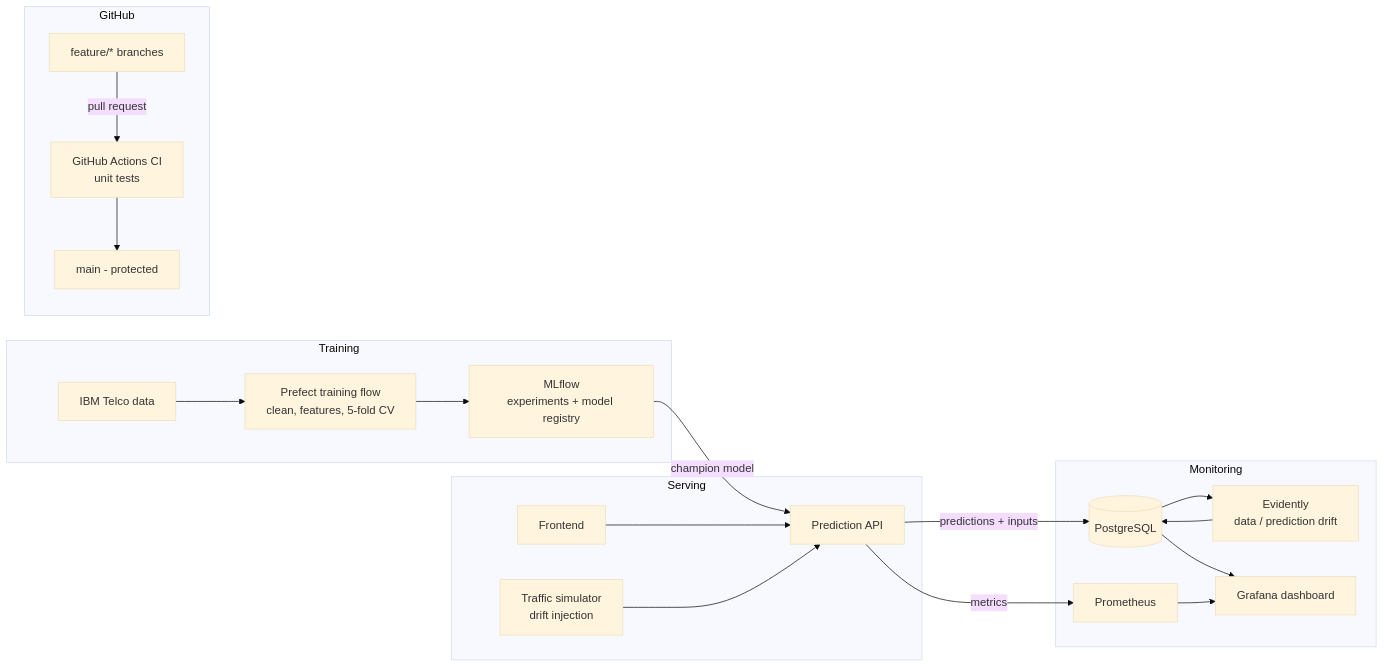
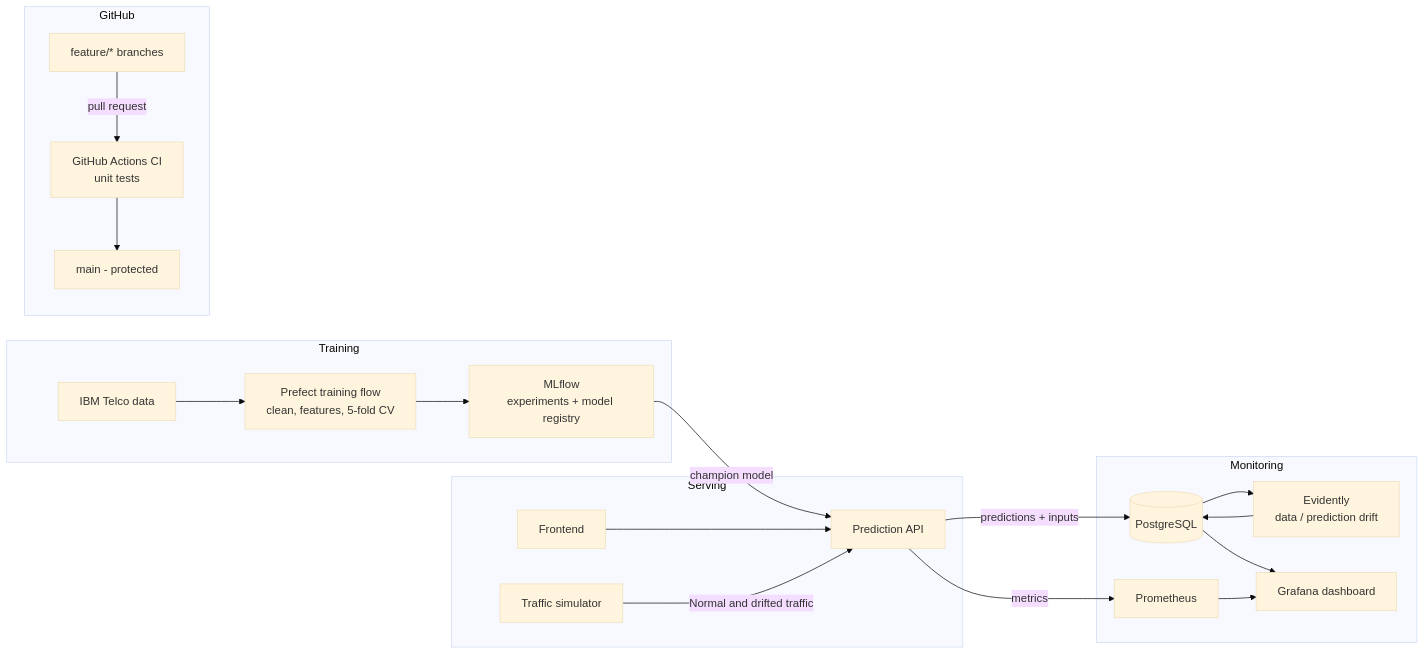
The first of 2 diagrams in README.md (dearyanbing/INSY-684), drawn with Mermaid (base theme) before and after one commit.

````diff
--- a/README.md
+++ b/README.md
@@ -13,27 +13,27 @@
 ```mermaid
 flowchart LR
     subgraph Training
         A[IBM Telco data] --> B[Prefect training flow<br/>clean, features, 5-fold CV]
         B --> C[MLflow<br/>experiments + model registry]
     end
 
     subgraph Serving
         C -->|champion model| D[Prediction API]
         E[Frontend] --> D
-        F[Traffic simulator<br/>drift injection] --> D
+        F["Traffic simulator"] -->|"Normal and drifted traffic"| D
     end
 
     subgraph Monitoring
         D -->|predictions + inputs| G[(PostgreSQL)]
         G --> H[Evidently<br/>data / prediction drift]
         H --> G
         D -->|metrics| I[Prometheus]
         G --> J[Grafana dashboard]
         I --> J
     end
 
     subgraph GitHub
         K[feature/* branches] -->|pull request| L[GitHub Actions CI<br/>unit tests]
         L --> M[main - protected]
     end
 ```
````
